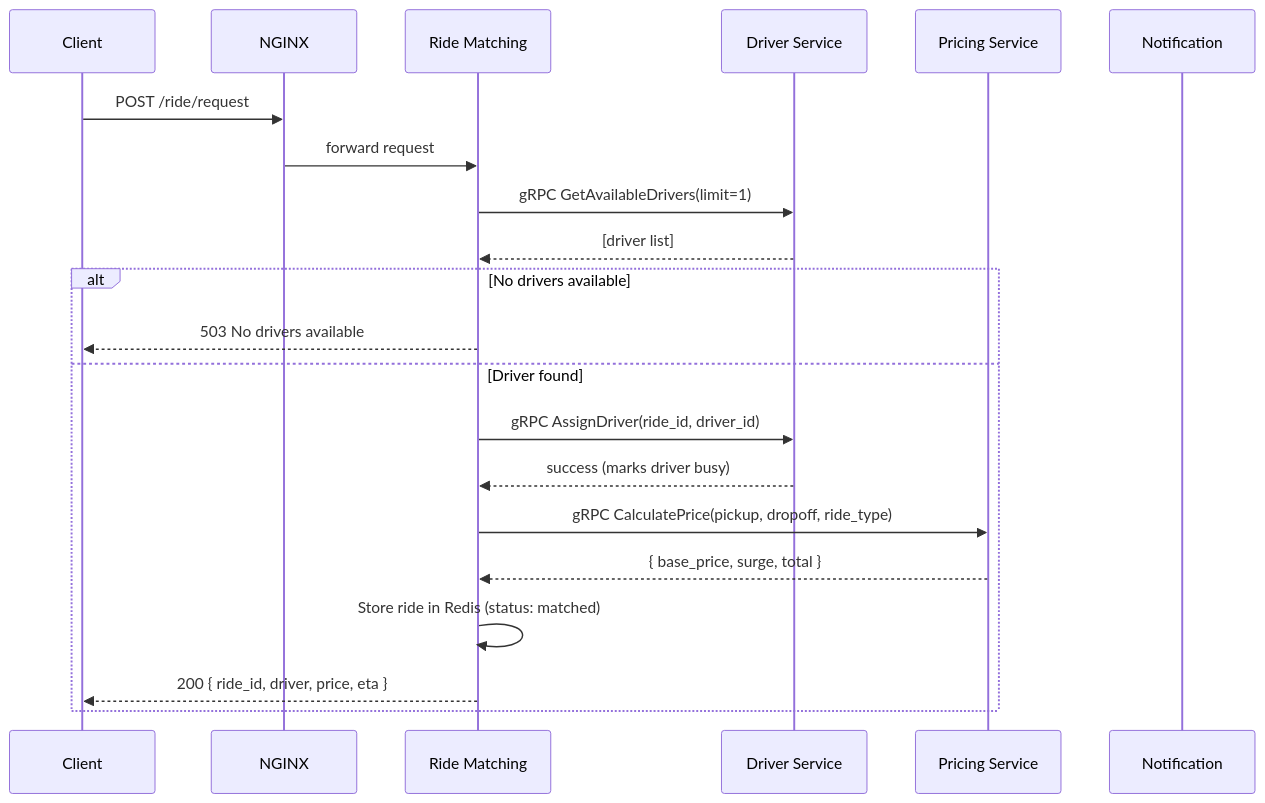
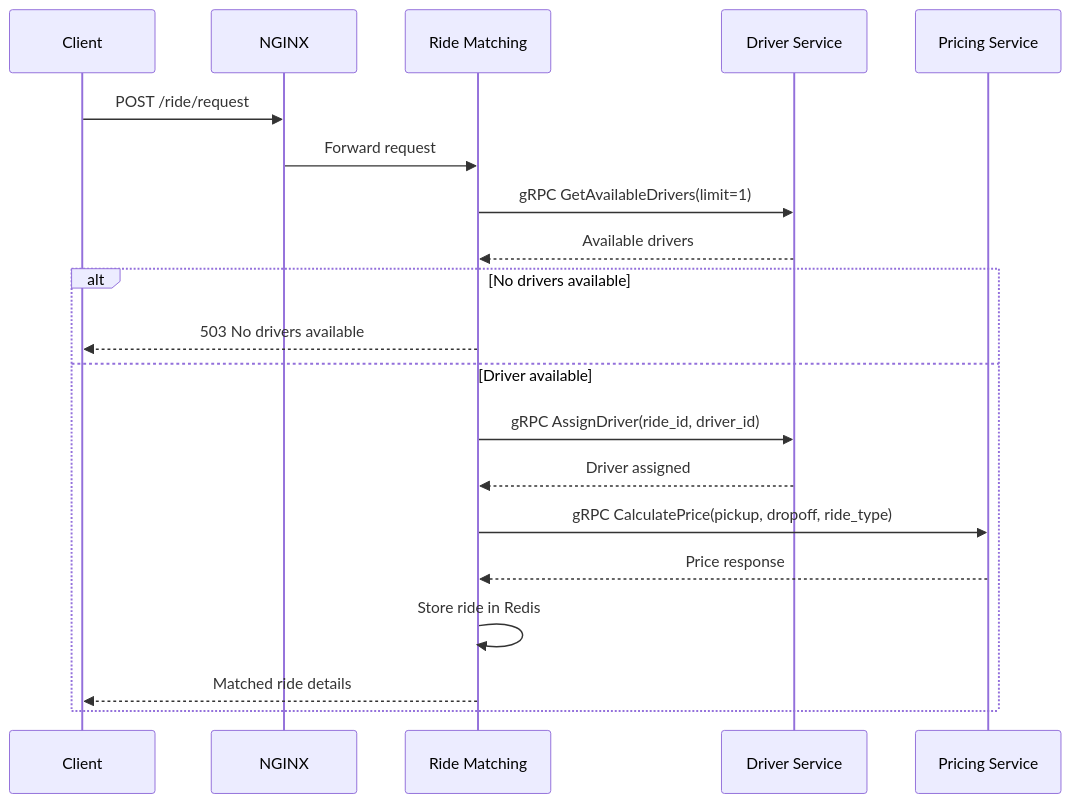
One commit to aaditya2210/ride-booking-modified changed the second of 3 diagrams in README.md. Above: the diagram before and after it, drawn with Mermaid. The commit also changed other lines of this file and 26 other files, not shown here.

````diff
--- a/README.md
+++ b/README.md
@@ -242,25 +257,24 @@
 ```mermaid
 sequenceDiagram
     participant C as Client
     participant N as NGINX
     participant RMS as Ride Matching
     participant DS as Driver Service
     participant PS as Pricing Service
-    participant NS as Notification
 
     C->>N: POST /ride/request
-    N->>RMS: forward request
+    N->>RMS: Forward request
     RMS->>DS: gRPC GetAvailableDrivers(limit=1)
-    DS-->>RMS: [driver list]
+    DS-->>RMS: Available drivers
 
     alt No drivers available
         RMS-->>C: 503 No drivers available
-    else Driver found
+    else Driver available
         RMS->>DS: gRPC AssignDriver(ride_id, driver_id)
-        DS-->>RMS: success (marks driver busy)
+        DS-->>RMS: Driver assigned
         RMS->>PS: gRPC CalculatePrice(pickup, dropoff, ride_type)
-        PS-->>RMS: { base_price, surge, total }
-        RMS->>RMS: Store ride in Redis (status: matched)
-        RMS-->>C: 200 { ride_id, driver, price, eta }
+        PS-->>RMS: Price response
+        RMS->>RMS: Store ride in Redis
+        RMS-->>C: Matched ride details
     end
 ```
````
